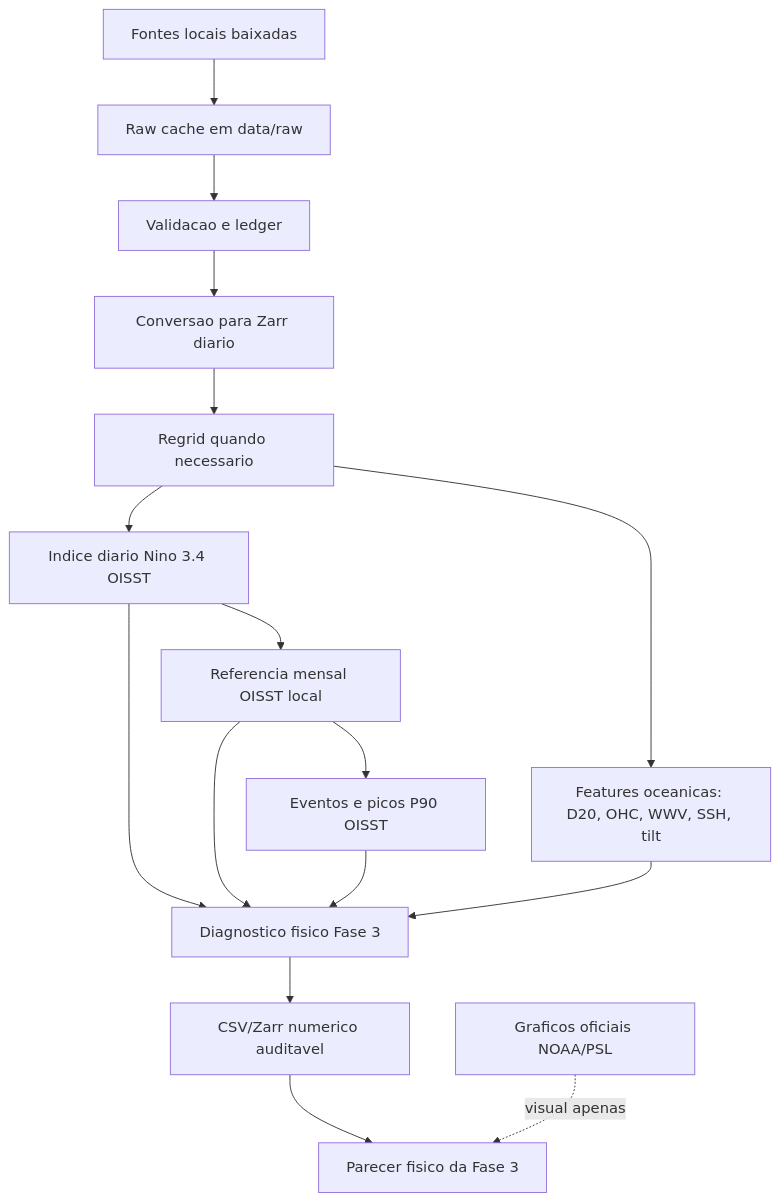
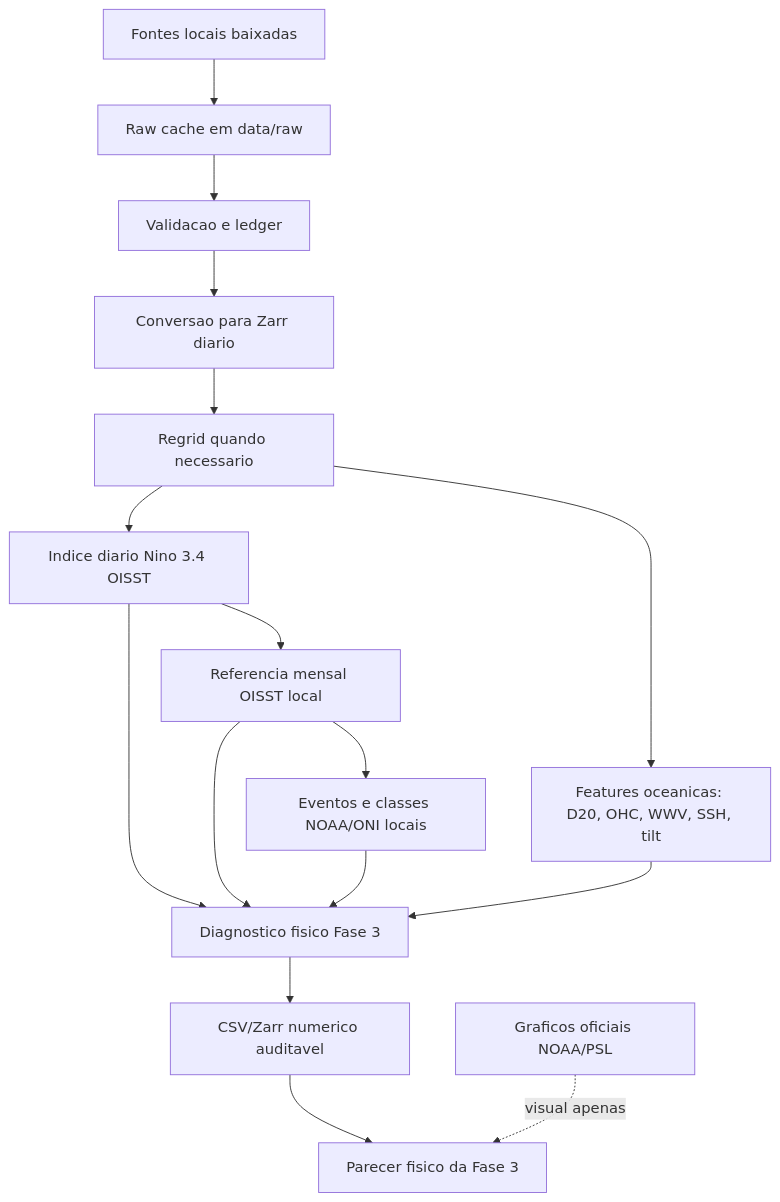
One commit to thiago-vilar/Nino26 changed the diagram in docs/ARQUITETURA.md. Above: the diagram before and after it, drawn with Mermaid. The commit also changed other lines of this file and 30 other files, not shown here.

Commit message:
Realinha Fase 3 ao criterio NOAA ONI

````diff
--- a/docs/ARQUITETURA.md
+++ b/docs/ARQUITETURA.md
@@ -10,18 +10,18 @@
 ```mermaid
 flowchart TD
     A["Fontes locais baixadas"] --> B["Raw cache em data/raw"]
     B --> C["Validacao e ledger"]
     C --> D["Conversao para Zarr diario"]
     D --> E["Regrid quando necessario"]
     E --> F["Indice diario Nino 3.4 OISST"]
     F --> G["Referencia mensal OISST local"]
-    G --> H["Eventos e picos P90 OISST"]
+    G --> H["Eventos e classes NOAA/ONI locais"]
     E --> I["Features oceanicas: D20, OHC, WWV, SSH, tilt"]
     F --> J["Diagnostico fisico Fase 3"]
     G --> J
     H --> J
     I --> J
     J --> K["CSV/Zarr numerico auditavel"]
     K --> L["Parecer fisico da Fase 3"]
     M["Graficos oficiais NOAA/PSL"] -. "visual apenas" .-> L
 ```
````
